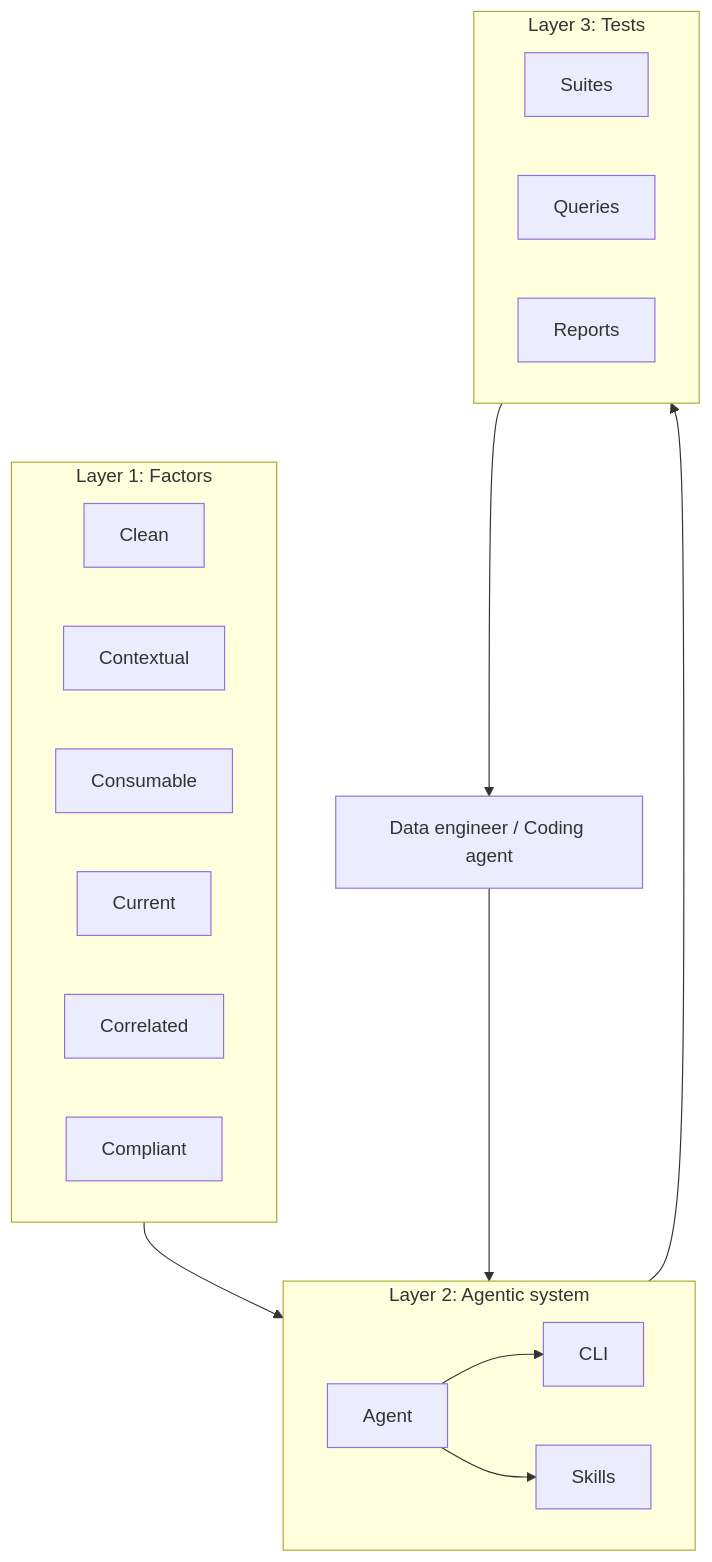
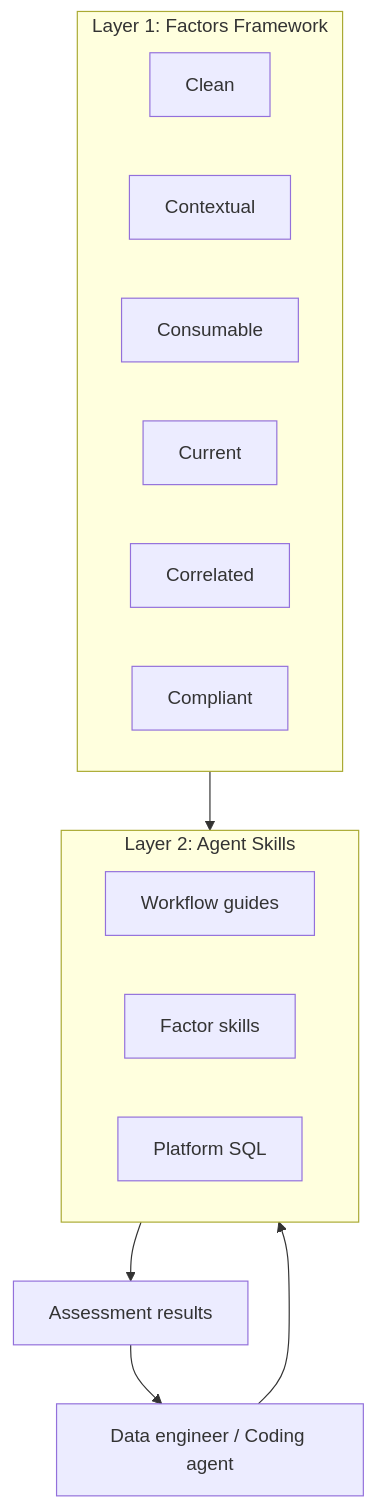
One commit to ai-ready-data/ai-ready-data-agent changed the diagram in docs/specs/project-spec.md. Above: the diagram before and after it, drawn with Mermaid. The commit also changed other lines of this file and 127 other files, not shown here.

````diff
--- a/docs/specs/project-spec.md
+++ b/docs/specs/project-spec.md
@@ -55,27 +47,20 @@
 ```mermaid
 flowchart TB
-  subgraph layer1 [Layer 1: Factors]
+  subgraph layer1 [Layer 1: Factors Framework]
     F0[Clean]
     F1[Contextual]
     F2[Consumable]
     F3[Current]
     F4[Correlated]
     F5[Compliant]
   end
-  subgraph layer2 [Layer 2: Agentic system]
-    Agent[Agent]
-    CLI[CLI]
-    Skills[Skills]
-    Agent --> CLI
-    Agent --> Skills
-  end
-  subgraph layer3 [Layer 3: Tests]
-    Suites[Suites]
-    Queries[Queries]
-    Reports[Reports]
+  subgraph layer2 [Layer 2: Agent Skills]
+    Workflows[Workflow guides]
+    FactorSkills[Factor skills]
+    Platforms[Platform SQL]
   end
   layer1 --> layer2
-  layer2 --> layer3
   User[Data engineer / Coding agent] --> layer2
-  layer3 --> User
+  layer2 --> Results[Assessment results]
+  Results --> User
 ```
````
